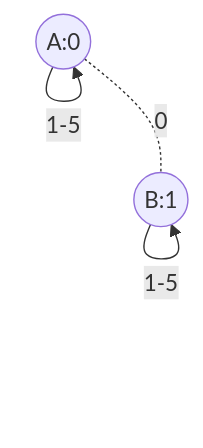
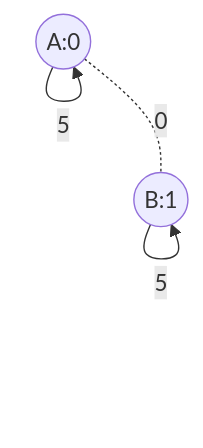
One commit to randomfunkstyle/randomfun2025swift changed the diagram in Resources/TestMaps/two_rooms_single.md. Above: the diagram before and after it, drawn with Mermaid. The commit also changed other lines of this file and 12 other files, not shown here.

````diff
--- a/Resources/TestMaps/two_rooms_single.md
+++ b/Resources/TestMaps/two_rooms_single.md
@@ -3,9 +3,17 @@
 ```mermaid
 graph TD
     A((A:0))
     B((B:1))
     
     A -.0.- B
-    A --1-5--> A
-    B --1-5--> B
+    A --1--> A
+    A --2--> A
+    A --3--> A
+    A --4--> A
+    A --5--> A
+    B --1--> B
+    B --2--> B
+    B --3--> B
+    B --4--> B
+    B --5--> B
 ```
````
